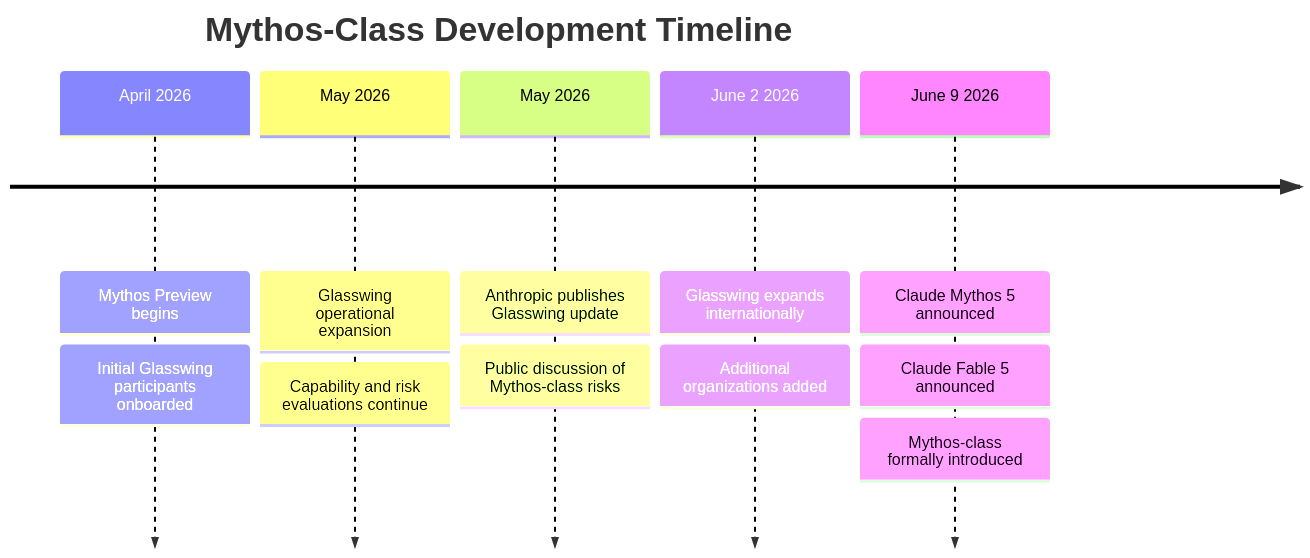
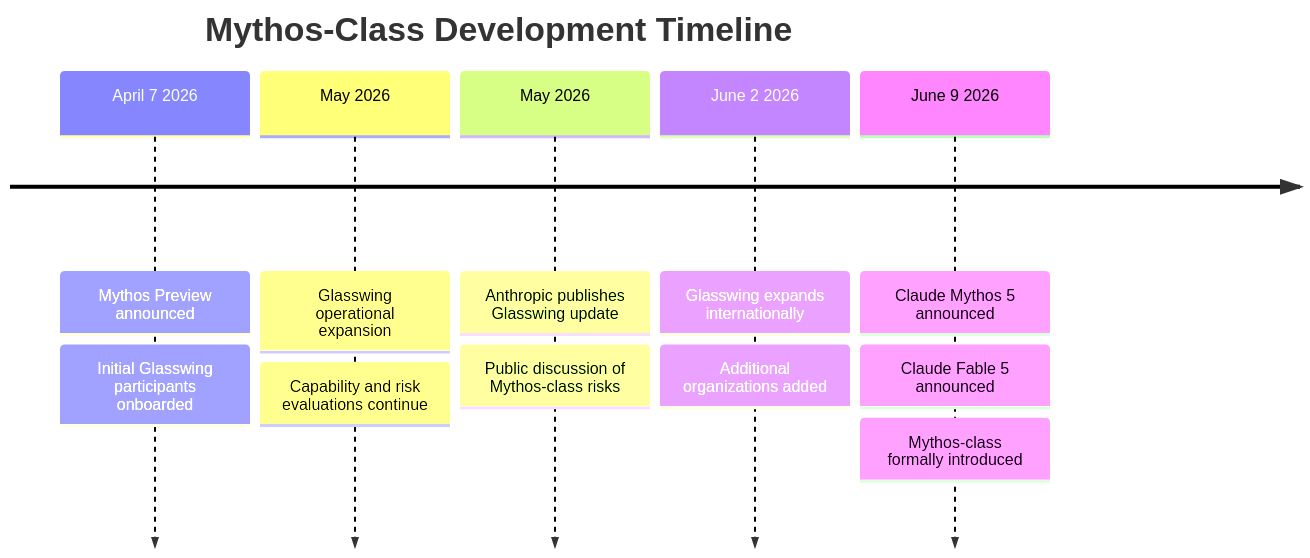
Before and after one commit to sunjinwoo1298/fable5-mythos5-research-Rohit_Singh_Raghuvanshi: the fifth of 17 diagrams in README.MD, drawn with Mermaid. The commit also changed other lines of this file and 1 other file, not shown here.

````diff
--- a/README.MD
+++ b/README.MD
@@ -389,20 +395,20 @@
 ```mermaid
 timeline
     title Mythos-Class Development Timeline
 
-    April 2026 : Mythos Preview begins
-               : Initial Glasswing participants onboarded
+    April 7 2026 : Mythos Preview announced
+                 : Initial Glasswing participants onboarded
 
     May 2026 : Glasswing operational expansion
              : Capability and risk evaluations continue
 
     May 2026 : Anthropic publishes Glasswing update
              : Public discussion of Mythos-class risks
 
     June 2 2026 : Glasswing expands internationally
                 : Additional organizations added
 
     June 9 2026 : Claude Mythos 5 announced
                 : Claude Fable 5 announced
                 : Mythos-class formally introduced
 ```
````
